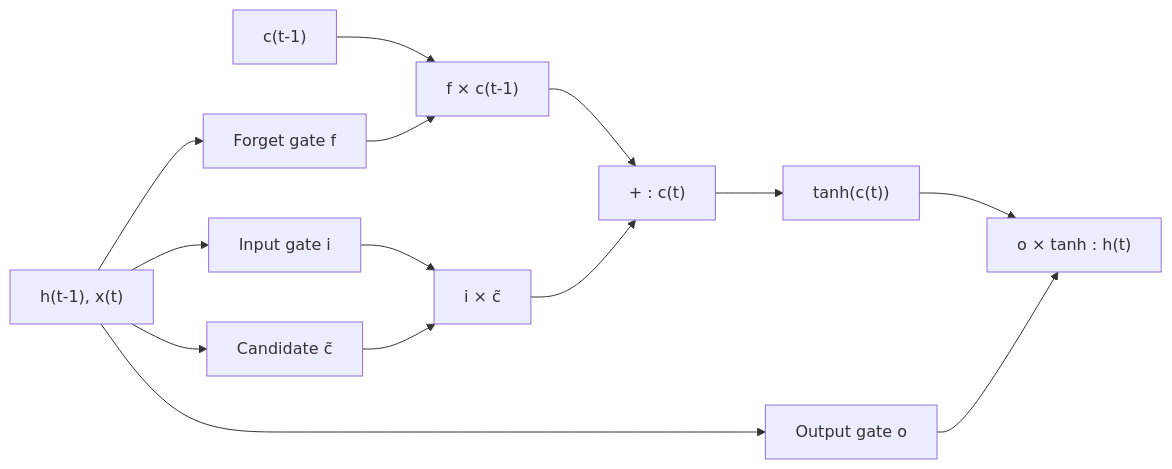
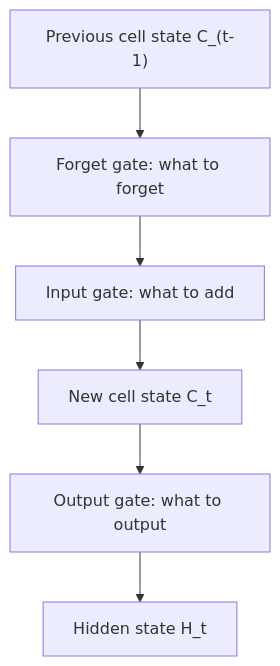
Before and after one commit to TrendySloth1001/sem-seven-notes: the diagram in content/deep-learning/pyq/2023-12/q5b.hi.mdx, drawn with Mermaid. The commit also changed other lines of this file and 186 other files, not shown here.

````diff
--- a/content/deep-learning/pyq/2023-12/q5b.hi.mdx
+++ b/content/deep-learning/pyq/2023-12/q5b.hi.mdx
@@ -31,17 +21,9 @@
 ```mermaid
-%% caption: LSTM cell. Cell state c sirf forget gate se multiply hoti hai aur usme add hota hai, isliye wo information ko door tak le ja sakti hai.
-flowchart LR
-  IN["h(t-1), x(t)"] --> F["Forget gate f"]
-  IN --> I["Input gate i"]
-  IN --> CC["Candidate c̃"]
-  IN --> O["Output gate o"]
-  C0["c(t-1)"] --> M1["f × c(t-1)"]
-  F --> M1
-  I --> M2["i × c̃"]
-  CC --> M2
-  M1 --> ADD["+ : c(t)"]
-  M2 --> ADD
-  ADD --> T["tanh(c(t))"]
-  T --> M3["o × tanh : h(t)"]
-  O --> M3
+%% caption: LSTM ka ek step chaar sawaalon ki tarah: forget, add, remember, output.
+flowchart TD
+  A["Previous cell state C_(t-1)"] --> B["Forget gate: what to forget"]
+  B --> C["Input gate: what to add"]
+  C --> D["New cell state C_t"]
+  D --> E["Output gate: what to output"]
+  E --> F["Hidden state H_t"]
 ```
````
